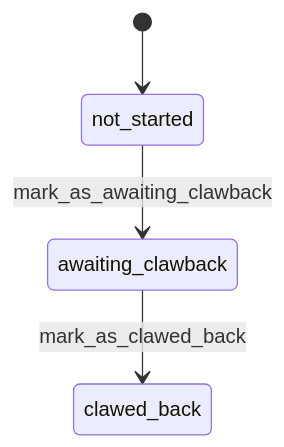
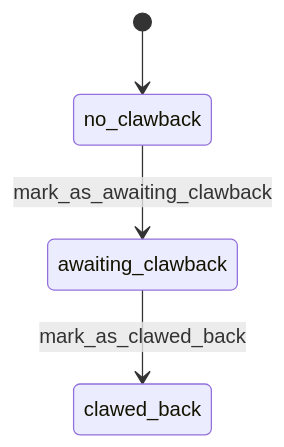
Before and after one commit to DFE-Digital/register-early-career-teachers-public: the third of 3 diagrams in documentation/state-machines.md, drawn with Mermaid. The commit also changed other lines of this file and 5 other files, not shown here.

````diff
--- a/documentation/state-machines.md
+++ b/documentation/state-machines.md
@@ -78,6 +78,6 @@
 ```mermaid
 stateDiagram-v2
-  [*] --> not_started
-  not_started --> awaiting_clawback : mark_as_awaiting_clawback
+  [*] --> no_clawback
+  no_clawback --> awaiting_clawback : mark_as_awaiting_clawback
   awaiting_clawback --> clawed_back : mark_as_clawed_back
 ```
````
